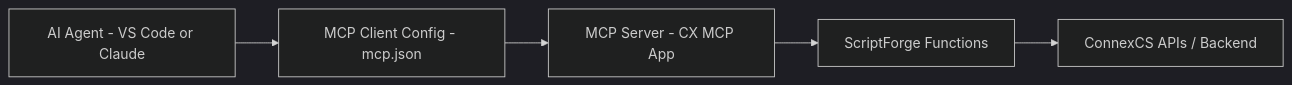
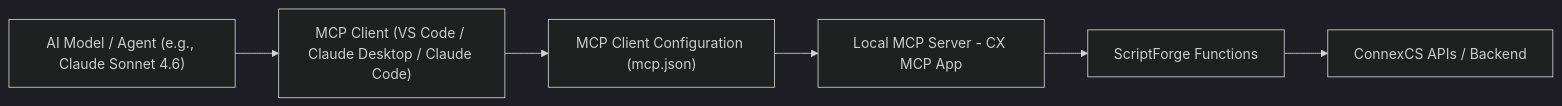
Before and after one commit to connexcs/docs: the diagram in docs/mcpserver.md, drawn with Mermaid (dark theme). The commit also changed other lines of this file, not shown here.

````diff
--- a/docs/mcpserver.md
+++ b/docs/mcpserver.md
@@ -23,7 +23,13 @@
 ```mermaid
 flowchart LR
-    A["AI Agent - VS Code or Claude"] --> B["MCP Client Config - mcp.json"]
-    B --> C["MCP Server - CX MCP App"]
-    C --> D["ScriptForge Functions"]
-    D --> E["ConnexCS APIs / Backend"]
+    A["AI Model / Agent (e.g., Claude Sonnet 4.6)"]
+    --> B["MCP Client (VS Code / Claude Desktop / Claude Code)"]
+
+    B --> C["MCP Client Configuration (mcp.json)"]
+
+    C --> D["Local MCP Server - CX MCP App"]
+
+    D --> E["ScriptForge Functions"]
+
+    E --> F["ConnexCS APIs / Backend"]
 ```
````
